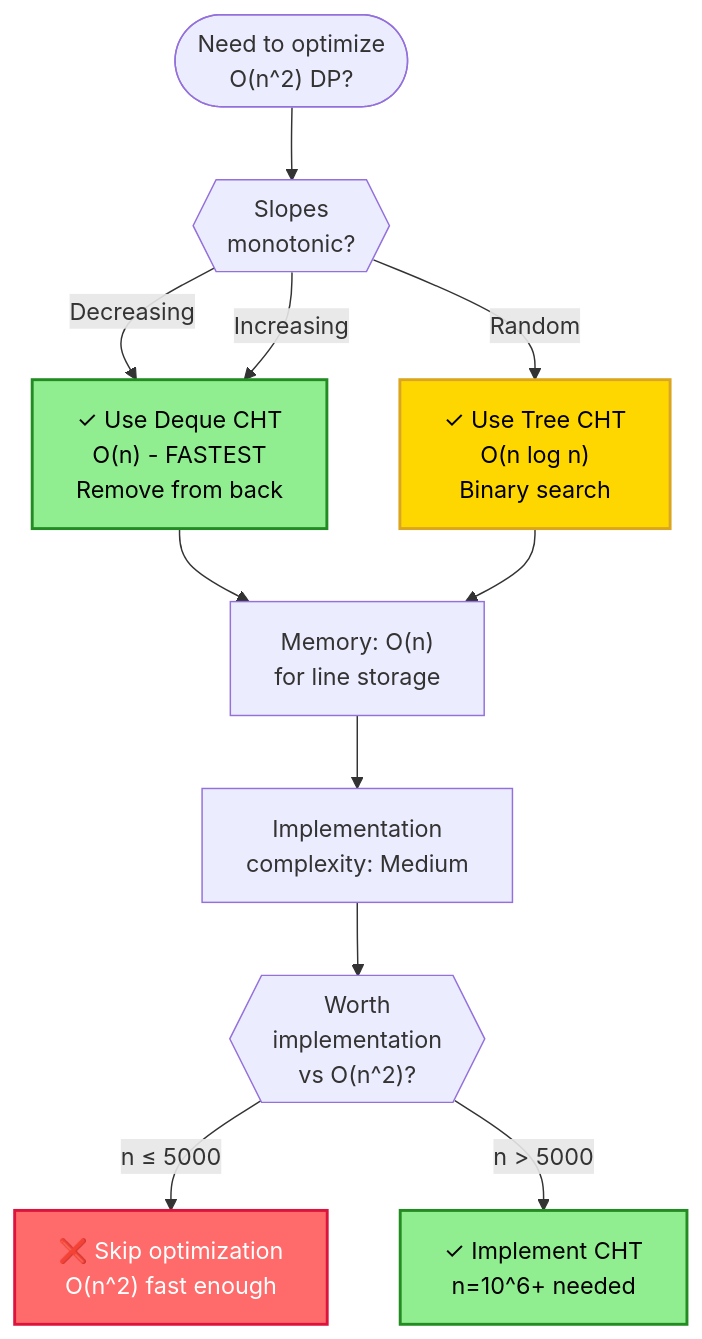
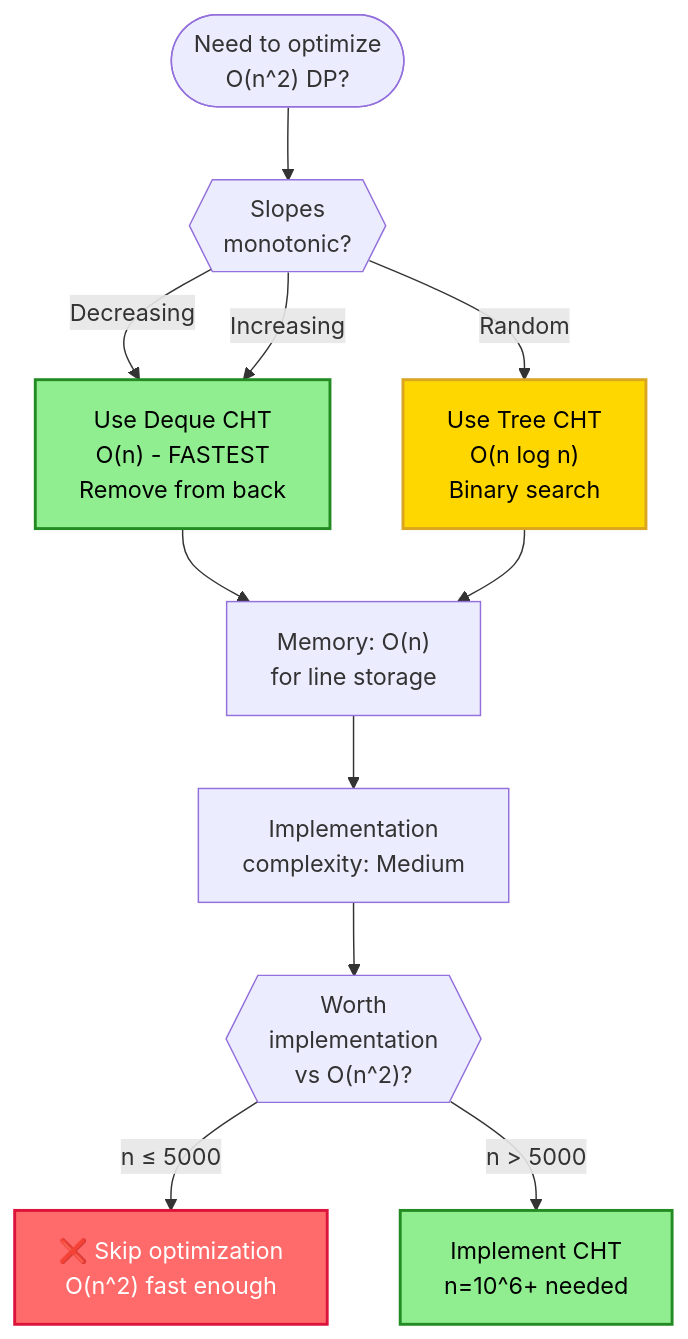
The fourth of 41 diagrams in docs/algorithms/advanced/advanced_algorithms.md (souradeepta/interviewprep), drawn with Mermaid before and after one commit. The commit also changed other lines of this file, not shown here.

Commit message:
fix: remove Unicode checkmark characters from Mermaid flowchart

````diff
--- a/docs/algorithms/advanced/advanced_algorithms.md
+++ b/docs/algorithms/advanced/advanced_algorithms.md
@@ -216,23 +216,23 @@
 ```mermaid
 flowchart TD
     Start(["Need to optimize<br/>O(n^2) DP?"]) --> Q1{{"Slopes<br/>monotonic?"}}
-    Q1 -->|Decreasing| Deque["✓ Use Deque CHT<br/>O(n) - FASTEST<br/>Remove from back"]
+    Q1 -->|Decreasing| Deque["Use Deque CHT<br/>O(n) - FASTEST<br/>Remove from back"]
     Q1 -->|Increasing| Deque
-    Q1 -->|Random| Tree["✓ Use Tree CHT<br/>O(n log n)<br/>Binary search"]
+    Q1 -->|Random| Tree["Use Tree CHT<br/>O(n log n)<br/>Binary search"]
     
     Deque --> Space["Memory: O(n)<br/>for line storage"]
     Tree --> Space
     Space --> Impl["Implementation<br/>complexity: Medium"]
     Impl --> Worth{{"Worth<br/>implementation<br/>vs O(n^2)?"}}
     Worth -->|n ≤ 5000| No["❌ Skip optimization<br/>O(n^2) fast enough"]
-    Worth -->|n > 5000| Yes["✓ Implement CHT<br/>n=10^6+ needed"]
+    Worth -->|n > 5000| Yes["Implement CHT<br/>n=10^6+ needed"]
     
     classDef fast fill:#90EE90,stroke:#228B22,stroke-width:2px,color:#000
     classDef medium fill:#FFD700,stroke:#DAA520,stroke-width:2px,color:#000
     classDef skip fill:#FF6B6B,stroke:#DC143C,stroke-width:2px,color:#fff
     
     class Deque fast
     class Tree medium
     class No skip
     class Yes fast
 ```
````
